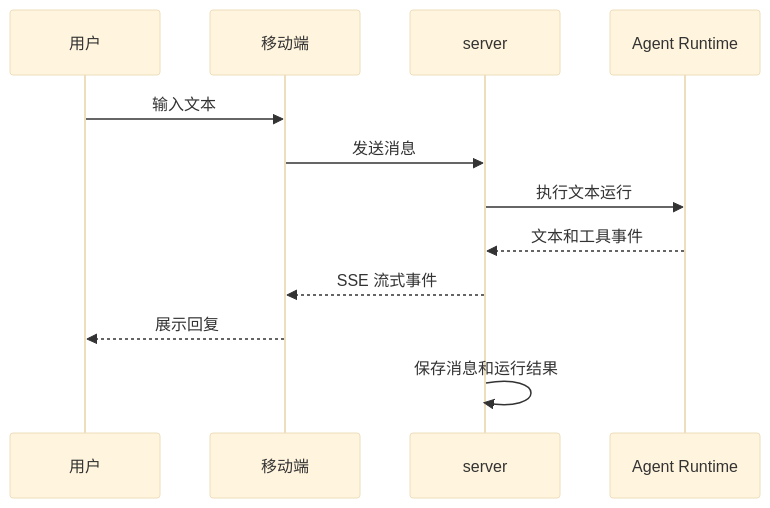
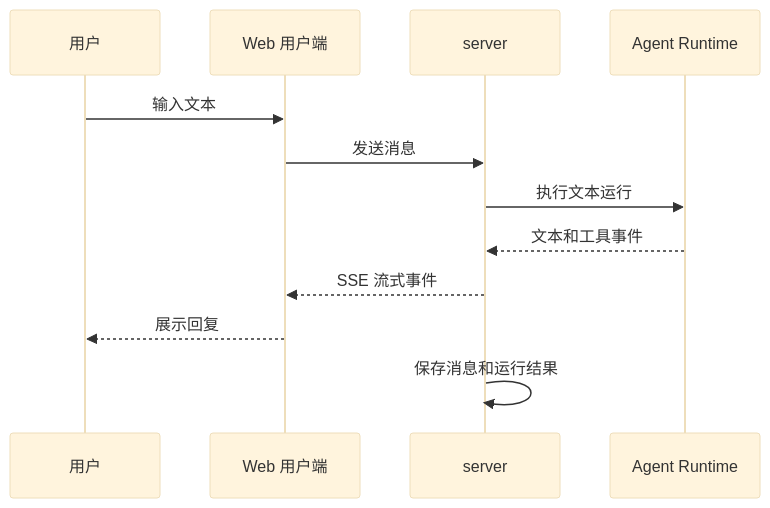
One commit to Lq0412/xa changed the third of 4 diagrams in docs/product-flow.md. Above: the diagram before and after it, drawn with Mermaid (base theme). The commit also changed other lines of this file and 38 other files, not shown here.

```diff
--- a/docs/product-flow.md
+++ b/docs/product-flow.md
@@ -88,15 +89,15 @@
 ~~~mermaid
 sequenceDiagram
     participant U as 用户
-    participant M as 移动端
+    participant M as Web 用户端
     participant S as server
     participant R as Agent Runtime
 
     U->>M: 输入文本
     M->>S: 发送消息
     S->>R: 执行文本运行
     R-->>S: 文本和工具事件
     S-->>M: SSE 流式事件
     M-->>U: 展示回复
     S->>S: 保存消息和运行结果
 ~~~
```
